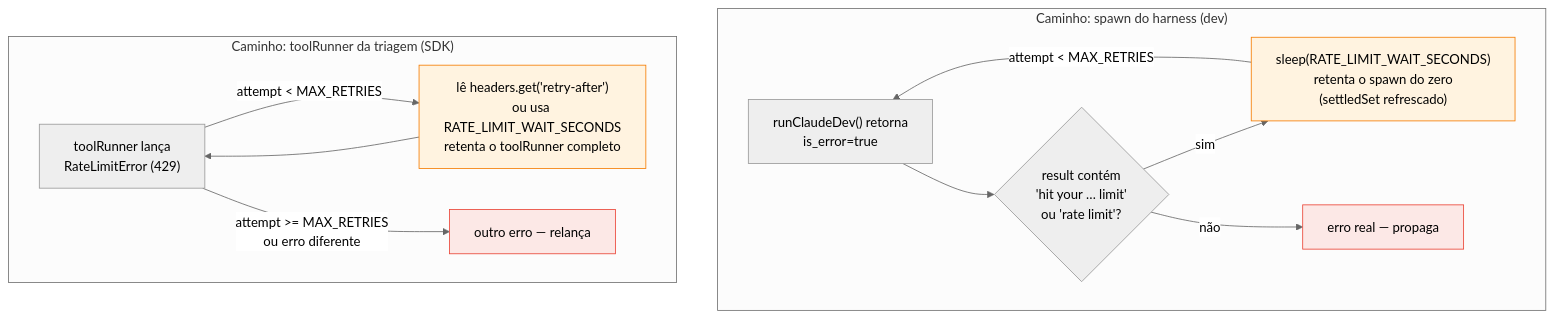
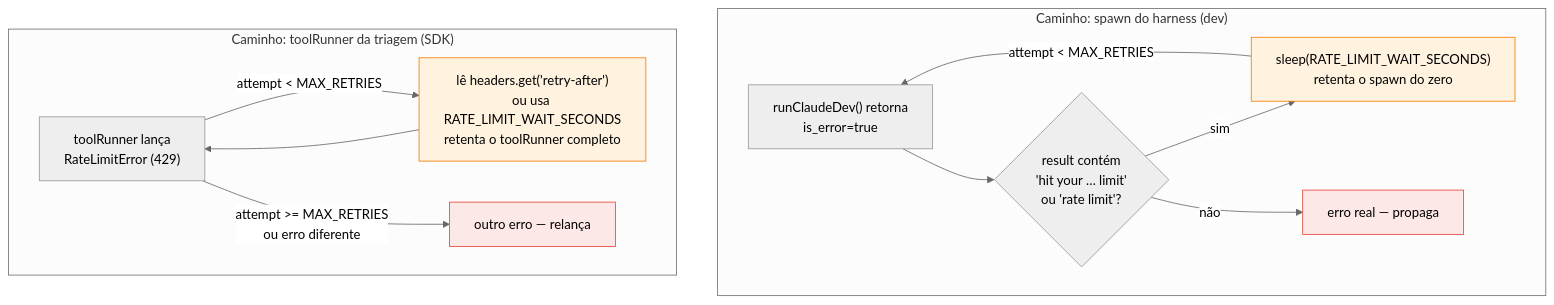
One commit to kauelopes/obsidianban changed the eighth of 9 diagrams in docs/for-agents/sprint-workflow.md. Above: the diagram before and after it, drawn with Mermaid (neutral theme). The commit also changed other lines of this file and 29 other files, not shown here.

````diff
--- a/docs/for-agents/sprint-workflow.md
+++ b/docs/for-agents/sprint-workflow.md
@@ -309,27 +328,27 @@
 ```mermaid
 flowchart TD
     subgraph SPAWN["Caminho: spawn do harness (dev)"]
         SR["runClaudeDev() retorna\nis_error=true"]
         SD{"result contém\n'hit your … limit'\nou 'rate limit'?"}
-        SW["sleep(RATE_LIMIT_WAIT_SECONDS)\nretenta o spawn do zero\n(settledSet refrescado)"]
+        SW["sleep(RATE_LIMIT_WAIT_SECONDS)\nretenta o spawn do zero"]
         SE["erro real — propaga"]
         SR --> SD
         SD -->|sim| SW
         SD -->|não| SE
         SW -->|"attempt < MAX_RETRIES"| SR
     end
 
     subgraph SDK["Caminho: toolRunner da triagem (SDK)"]
         TT["toolRunner lança\nRateLimitError (429)"]
         TW["lê headers.get('retry-after')\nou usa RATE_LIMIT_WAIT_SECONDS\nretenta o toolRunner completo"]
         TE["outro erro — relança"]
         TT -->|"attempt < MAX_RETRIES"| TW
         TT -->|"attempt >= MAX_RETRIES\nou erro diferente"| TE
         TW --> TT
     end
 
     classDef wait fill:#fff3e0,stroke:#f57c00;
     classDef err fill:#fce8e6,stroke:#ea4335;
     class SW,TW wait;
     class SE,TE err;
 ```
````
